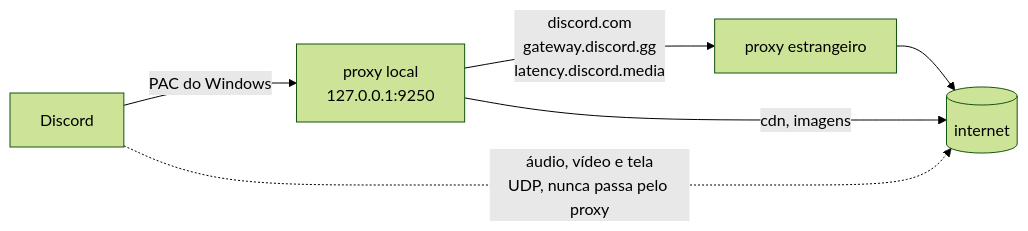
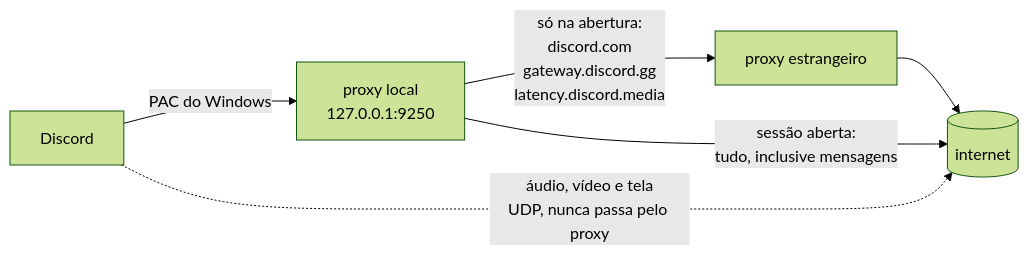
One commit to schacal/FOL-discord changed the diagram in docs/como-funciona.md. Above: the diagram before and after it, drawn with Mermaid (forest theme). The commit also changed other lines of this file and 7 other files, not shown here.

````diff
--- a/docs/como-funciona.md
+++ b/docs/como-funciona.md
@@ -35,8 +35,8 @@
 ```mermaid
 flowchart LR
     D[Discord] -->|PAC do Windows| P[proxy local<br/>127.0.0.1:9250]
-    P -->|discord.com<br/>gateway.discord.gg<br/>latency.discord.media| E[proxy estrangeiro]
-    P -->|cdn, imagens| I[(internet)]
+    P -->|só na abertura:<br/>discord.com<br/>gateway.discord.gg<br/>latency.discord.media| E[proxy estrangeiro]
+    P -->|sessão aberta:<br/>tudo, inclusive mensagens| I[(internet)]
     D -.->|áudio, vídeo e tela<br/>UDP, nunca passa pelo proxy| I
     E --> I
 ```
````
